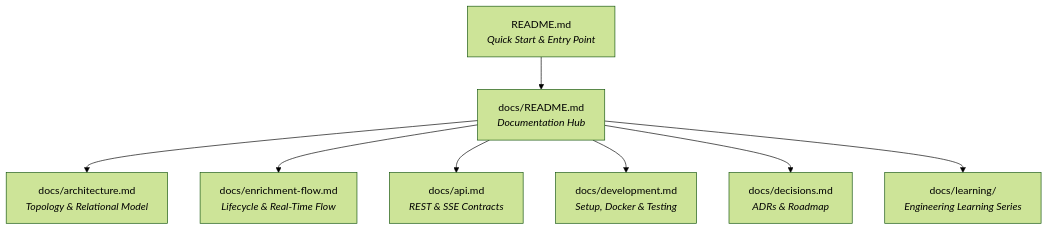
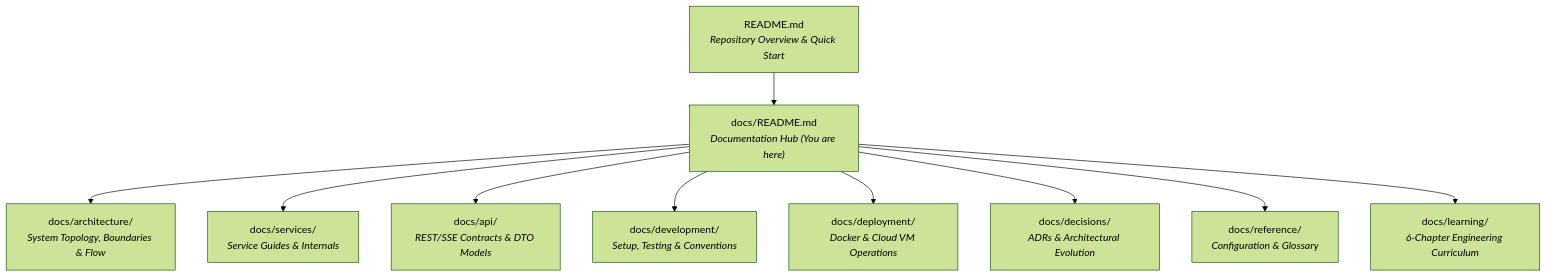
The diagram in docs/README.md (parvagr247/data-enrichment-ai-intelligence), drawn with Mermaid (forest theme) before and after one commit. The commit also changed other lines of this file and 46 other files, not shown here.

````diff
--- a/docs/README.md
+++ b/docs/README.md
@@ -11,19 +11,24 @@
 ```mermaid
 flowchart TD
-    Root["README.md<br/><i>Quick Start & Entry Point</i>"]
-    Hub["docs/README.md<br/><i>Documentation Hub</i>"]
-    Arch["docs/architecture.md<br/><i>Topology & Relational Model</i>"]
-    Flow["docs/enrichment-flow.md<br/><i>Lifecycle & Real-Time Flow</i>"]
-    API["docs/api.md<br/><i>REST & SSE Contracts</i>"]
-    Dev["docs/development.md<br/><i>Setup, Docker & Testing</i>"]
-    ADR["docs/decisions.md<br/><i>ADRs & Roadmap</i>"]
-    Learn["docs/learning/<br/><i>Engineering Learning Series</i>"]
+    Root["README.md<br/><i>Repository Overview & Quick Start</i>"]
+    Hub["docs/README.md<br/><i>Documentation Hub (You are here)</i>"]
+
+    Arch["docs/architecture/<br/><i>System Topology, Boundaries & Flow</i>"]
+    Serv["docs/services/<br/><i>Service Guides & Internals</i>"]
+    API["docs/api/<br/><i>REST/SSE Contracts & DTO Models</i>"]
+    Dev["docs/development/<br/><i>Setup, Testing & Conventions</i>"]
+    Dep["docs/deployment/<br/><i>Docker & Cloud VM Operations</i>"]
+    ADR["docs/decisions/<br/><i>ADRs & Architectural Evolution</i>"]
+    Ref["docs/reference/<br/><i>Configuration & Glossary</i>"]
+    Learn["docs/learning/<br/><i>6-Chapter Engineering Curriculum</i>"]
 
     Root --> Hub
     Hub --> Arch
-    Hub --> Flow
+    Hub --> Serv
     Hub --> API
     Hub --> Dev
+    Hub --> Dep
     Hub --> ADR
+    Hub --> Ref
     Hub --> Learn
 ```
````
